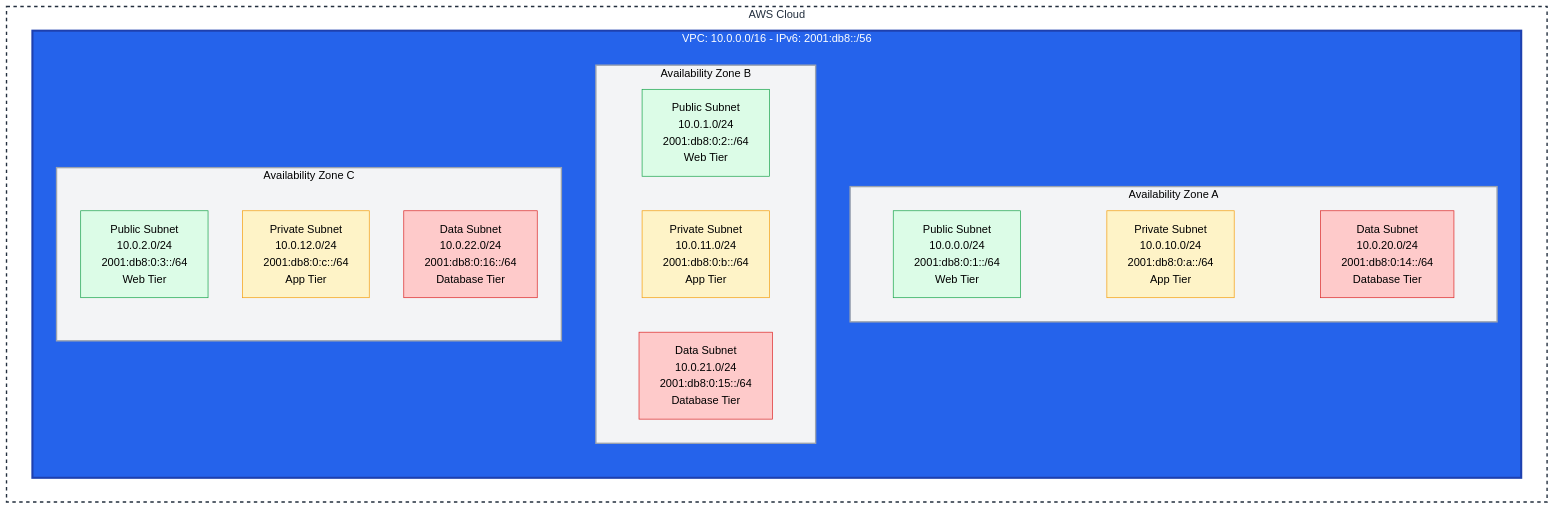
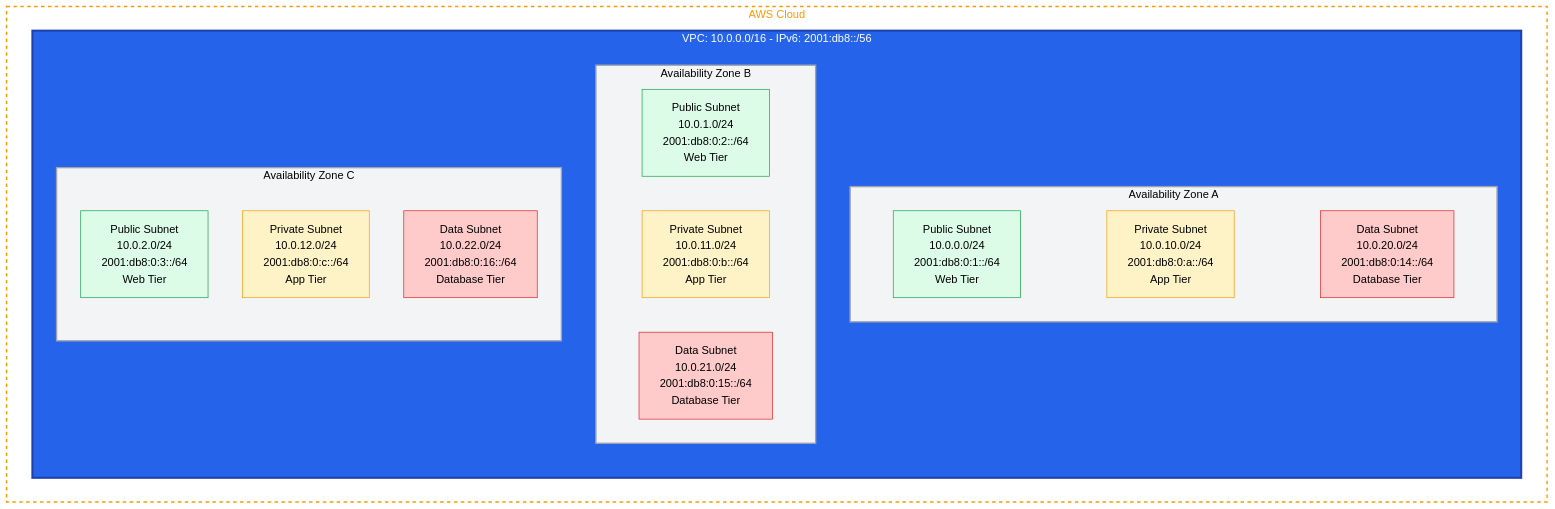
One commit to aws/aws-networking-best-practices changed the diagram in content/foundation/subnets.md. Above: the diagram before and after it, drawn with Mermaid (neutral theme). The commit also changed 2 other files, not shown here.

Commit message:
Fix diagram visibility in dark theme
Changed AWS Cloud/Region boundary boxes from dark gray (#232f3e) to AWS orange (#ff9900) for visibility in dark theme. Updated in:
- vpc.md
- subnets.md
- regions-azs.md

Also updated Region text color to gray (#64748b) in regions-azs.md for better contrast.

````diff
--- a/content/foundation/subnets.md
+++ b/content/foundation/subnets.md
@@ -5,40 +5,40 @@
 ``` mermaid
 graph TB
     subgraph AWS["AWS Cloud"]
         subgraph VPC["VPC: 10.0.0.0/16 - IPv6: 2001:db8::/56"]
             subgraph AZA["Availability Zone A"]
                 PubA["Public Subnet<br/>10.0.0.0/24<br/>2001:db8:0:1::/64<br/>Web Tier"]
                 PrivA["Private Subnet<br/>10.0.10.0/24<br/>2001:db8:0:a::/64<br/>App Tier"]
                 DataA["Data Subnet<br/>10.0.20.0/24<br/>2001:db8:0:14::/64<br/>Database Tier"]
                 PubA ~~~ PrivA ~~~ DataA
             end
             
             subgraph AZB["Availability Zone B"]
                 PubB["Public Subnet<br/>10.0.1.0/24<br/>2001:db8:0:2::/64<br/>Web Tier"]
                 PrivB["Private Subnet<br/>10.0.11.0/24<br/>2001:db8:0:b::/64<br/>App Tier"]
                 DataB["Data Subnet<br/>10.0.21.0/24<br/>2001:db8:0:15::/64<br/>Database Tier"]
             end
             
             subgraph AZC["Availability Zone C"]
                 PubC["Public Subnet<br/>10.0.2.0/24<br/>2001:db8:0:3::/64<br/>Web Tier"]
                 PrivC["Private Subnet<br/>10.0.12.0/24<br/>2001:db8:0:c::/64<br/>App Tier"]
                 DataC["Data Subnet<br/>10.0.22.0/24<br/>2001:db8:0:16::/64<br/>Database Tier"]
             end
         end
     end
     
-    style AWS fill:none,stroke:#232f3e,stroke-width:2px,stroke-dasharray:5 5,color:#232f3e
+    style AWS fill:none,stroke:#ff9900,stroke-width:2px,stroke-dasharray:5 5,color:#ff9900
     style VPC fill:#2563eb,stroke:#1e40af,stroke-width:3px,color:#fff
     style AZA fill:#f3f4f6,stroke:#9ca3af,stroke-width:2px,color:#000
     style AZB fill:#f3f4f6,stroke:#9ca3af,stroke-width:2px,color:#000
     style AZC fill:#f3f4f6,stroke:#9ca3af,stroke-width:2px,color:#000
     style PubA fill:#dcfce7,stroke:#16a34a,color:#000
     style PubB fill:#dcfce7,stroke:#16a34a,color:#000
     style PubC fill:#dcfce7,stroke:#16a34a,color:#000
     style PrivA fill:#fef3c7,stroke:#f59e0b,color:#000
     style PrivB fill:#fef3c7,stroke:#f59e0b,color:#000
     style PrivC fill:#fef3c7,stroke:#f59e0b,color:#000
     style DataA fill:#fecaca,stroke:#dc2626,color:#000
     style DataB fill:#fecaca,stroke:#dc2626,color:#000
     style DataC fill:#fecaca,stroke:#dc2626,color:#000
 ```
````
